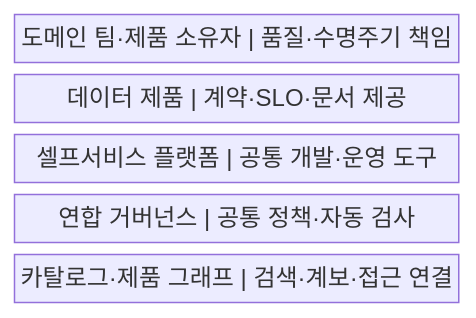
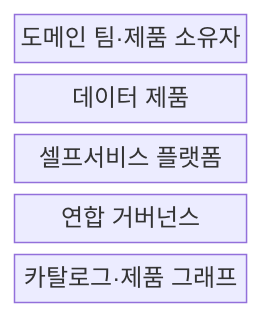
The first of 2 diagrams in src/content/docs/notes/03-software/131_data_mesh.md (agnusdei1207/knowledge-base), drawn with Mermaid before and after one commit. The commit also changed other lines of this file and 238 other files, not shown here.

````diff
--- a/src/content/docs/notes/03-software/131_data_mesh.md
+++ b/src/content/docs/notes/03-software/131_data_mesh.md
@@ -57,9 +57,9 @@
 ```mermaid
-block
+block-beta
     columns 1
-    A["도메인 팀·제품 소유자 | 품질·수명주기 책임"]
-    B["데이터 제품 | 계약·SLO·문서 제공"]
-    C["셀프서비스 플랫폼 | 공통 개발·운영 도구"]
-    D["연합 거버넌스 | 공통 정책·자동 검사"]
-    E["카탈로그·제품 그래프 | 검색·계보·접근 연결"]
+    A["도메인 팀·제품 소유자"]
+    B["데이터 제품"]
+    C["셀프서비스 플랫폼"]
+    D["연합 거버넌스"]
+    E["카탈로그·제품 그래프"]
 ```
````
